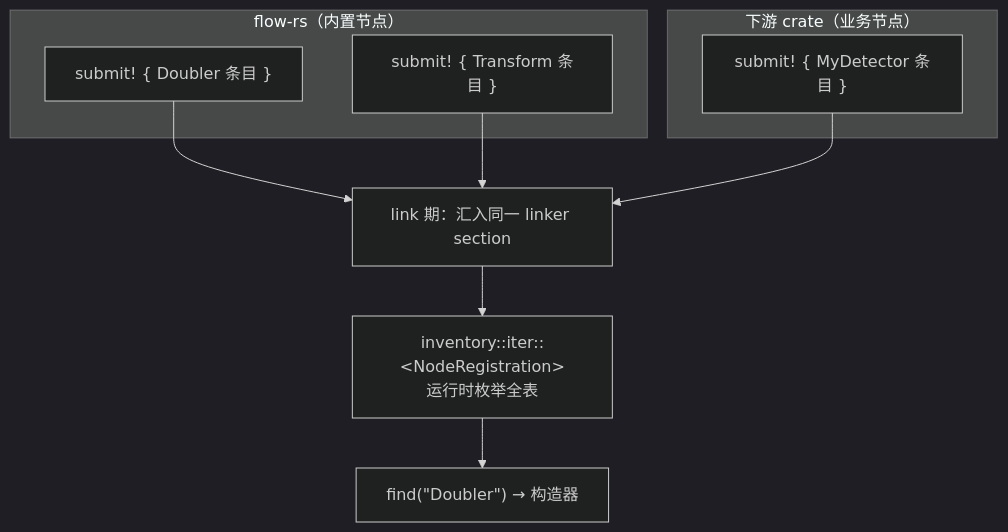
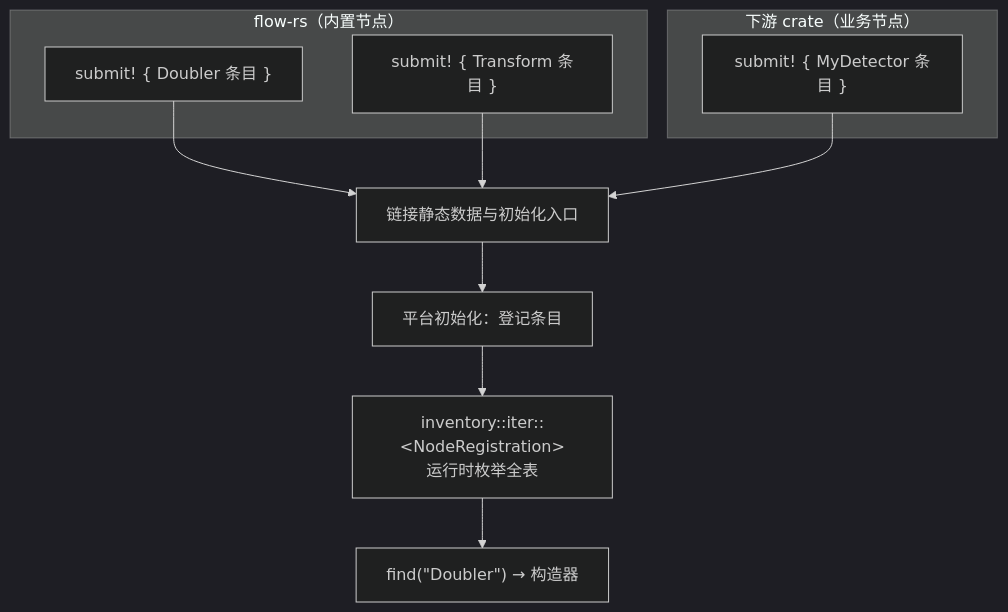
One commit to zhenbodou/megflow_rebuild changed the diagram in book/src/part2/ch04-registry.md. Above: the diagram before and after it, drawn with Mermaid (dark theme). The commit also changed other lines of this file and 52 other files, not shown here.

````diff
--- a/book/src/part2/ch04-registry.md
+++ b/book/src/part2/ch04-registry.md
@@ -40,15 +40,16 @@
 ```mermaid
 flowchart TB
     subgraph crateA["flow-rs（内置节点）"]
         A1["submit! { Doubler 条目 }"]
         A2["submit! { Transform 条目 }"]
     end
     subgraph crateB["下游 crate（业务节点）"]
         B1["submit! { MyDetector 条目 }"]
     end
-    A1 --> L["link 期：汇入同一 linker section"]
+    A1 --> L["链接静态数据与初始化入口"]
     A2 --> L
     B1 --> L
-    L --> I["inventory::iter::&lt;NodeRegistration&gt;<br/>运行时枚举全表"]
+    L --> C["平台初始化：登记条目"]
+    C --> I["inventory::iter::&lt;NodeRegistration&gt;<br/>运行时枚举全表"]
     I --> R["find(&quot;Doubler&quot;) → 构造器"]
 ```
````
